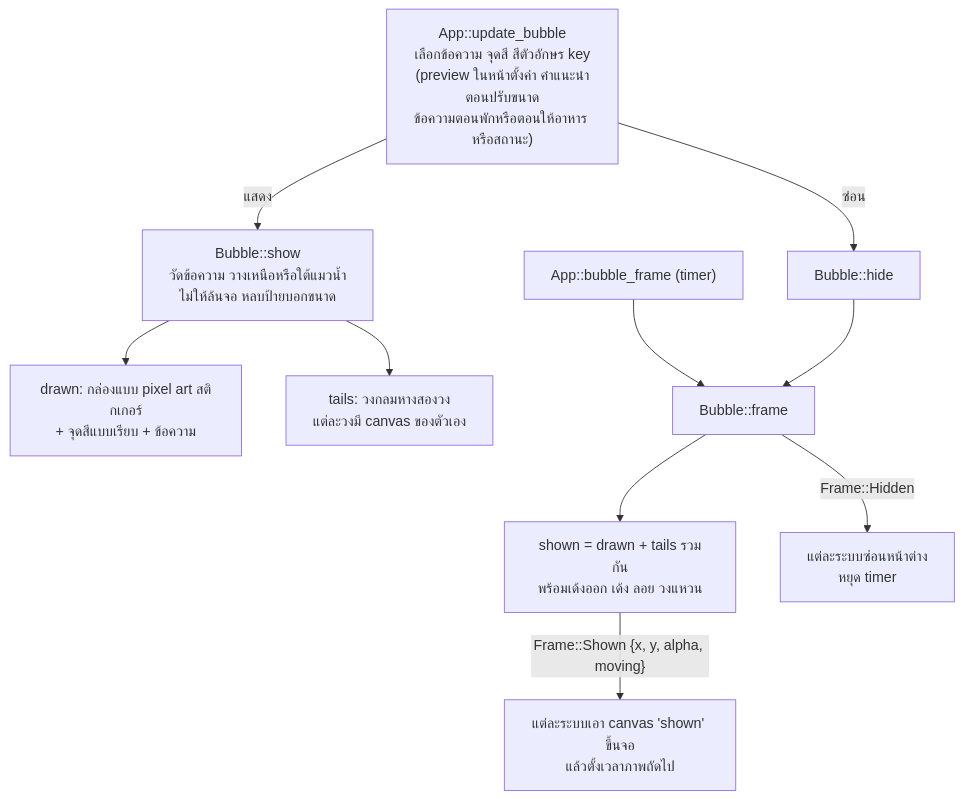
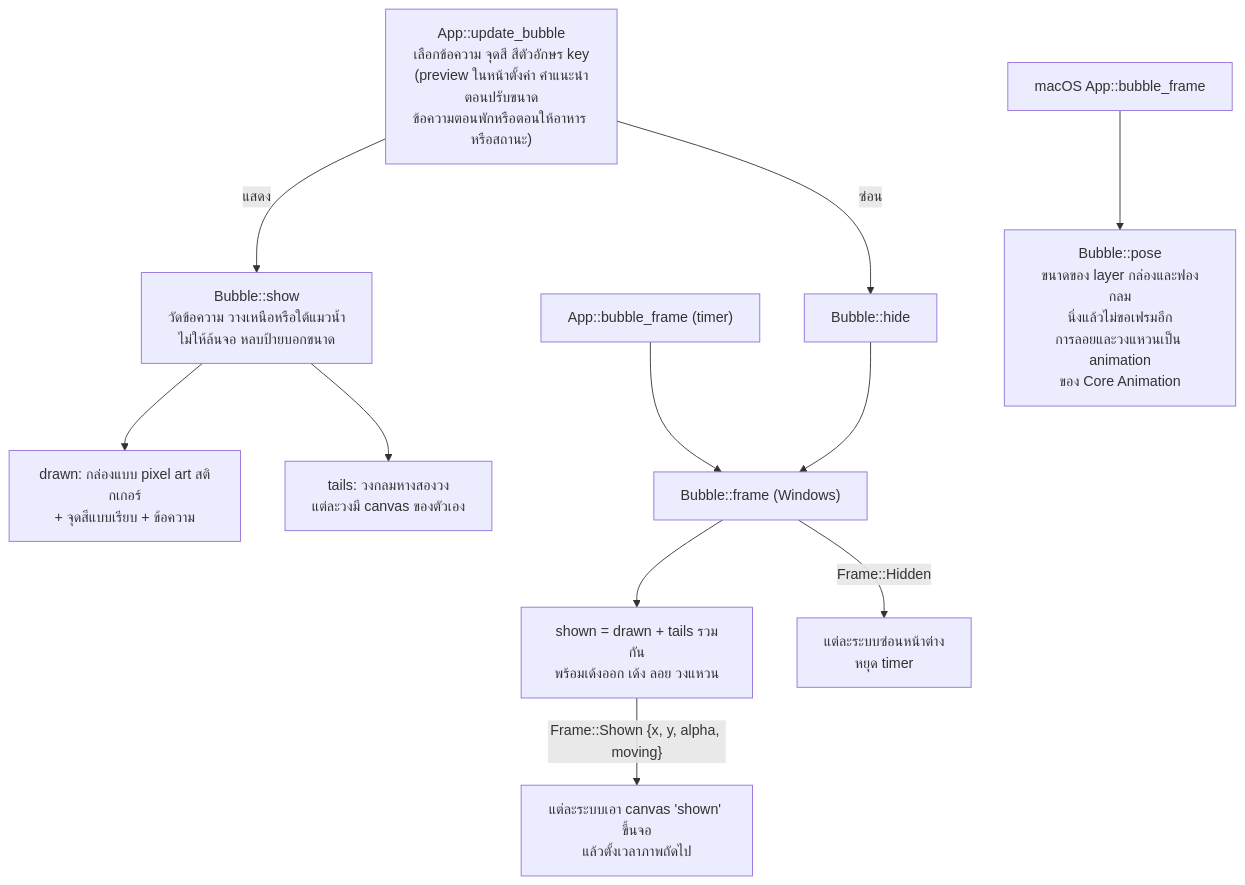
One commit to thanachaiakt/ai-mascot-hook changed the sixth of 7 diagrams in docs/th/architecture.md. Above: the diagram before and after it, drawn with Mermaid. The commit also changed other lines of this file and 10 other files, not shown here.

````diff
--- a/docs/th/architecture.md
+++ b/docs/th/architecture.md
@@ -186,13 +191,14 @@
 ```mermaid
 flowchart TD
     app["App::update_bubble<br/>เลือกข้อความ จุดสี สีตัวอักษร key<br/>(preview ในหน้าตั้งค่า คำแนะนำตอนปรับขนาด<br/>ข้อความตอนพักหรือตอนให้อาหาร หรือสถานะ)"]
     app -- "แสดง" --> show["Bubble::show<br/>วัดข้อความ วางเหนือหรือใต้แมวน้ำ<br/>ไม่ให้ล้นจอ หลบป้ายบอกขนาด"]
     app -- "ซ่อน" --> hidebox["Bubble::hide"]
     show --> drawn["drawn: กล่องแบบ pixel art สติกเกอร์<br/>+ จุดสีแบบเรียบ + ข้อความ"]
     show --> tails["tails: วงกลมหางสองวง<br/>แต่ละวงมี canvas ของตัวเอง"]
-    frame["App::bubble_frame (timer)"] --> bfr["Bubble::frame"]
+    frame["App::bubble_frame (timer)"] --> bfr["Bubble::frame (Windows)"]
+    mframe["macOS App::bubble_frame"] --> pose["Bubble::pose<br/>ขนาดของ layer กล่องและฟองกลม<br/>นิ่งแล้วไม่ขอเฟรมอีก<br/>การลอยและวงแหวนเป็น animation<br/>ของ Core Animation"]
     hidebox --> bfr
     bfr --> comp["shown = drawn + tails รวมกัน<br/>พร้อมเด้งออก เด้ง ลอย วงแหวน"]
     comp -- "Frame::Shown {x, y, alpha, moving}" --> present["แต่ละระบบเอา canvas 'shown' ขึ้นจอ<br/>แล้วตั้งเวลาภาพถัดไป"]
     bfr -- "Frame::Hidden" --> off["แต่ละระบบซ่อนหน้าต่าง<br/>หยุด timer"]
 ```
````
